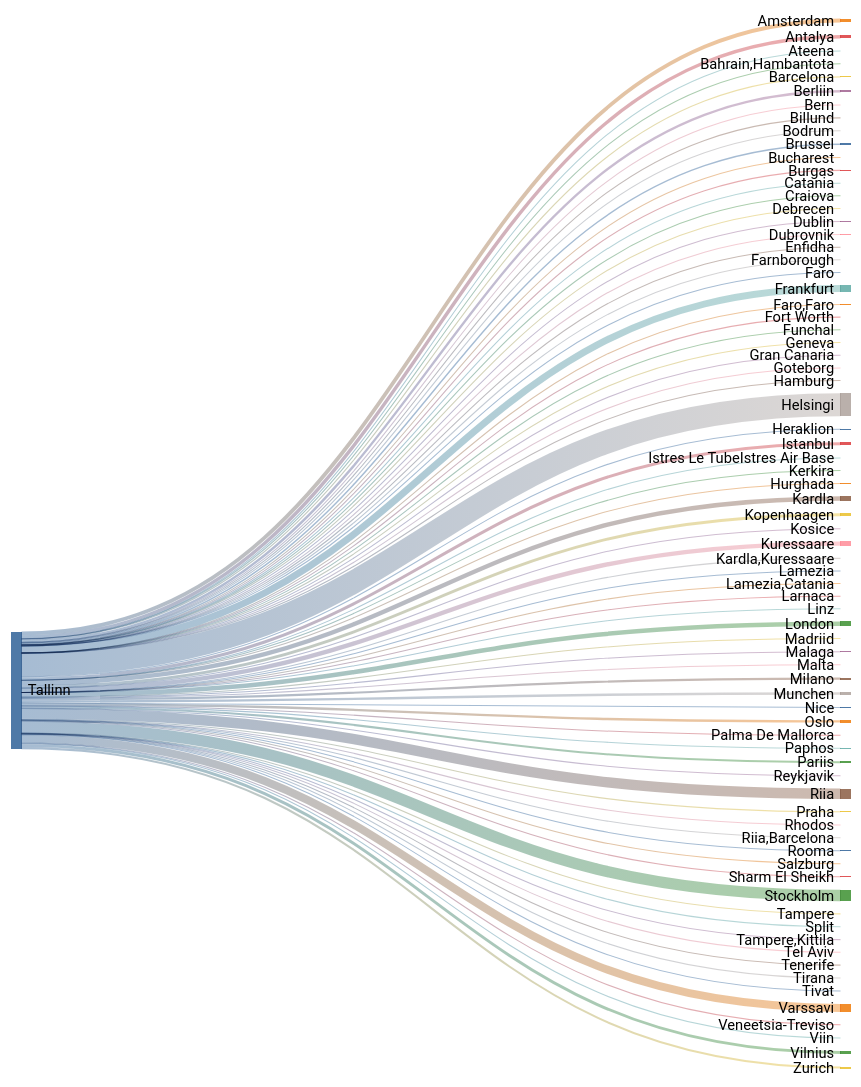
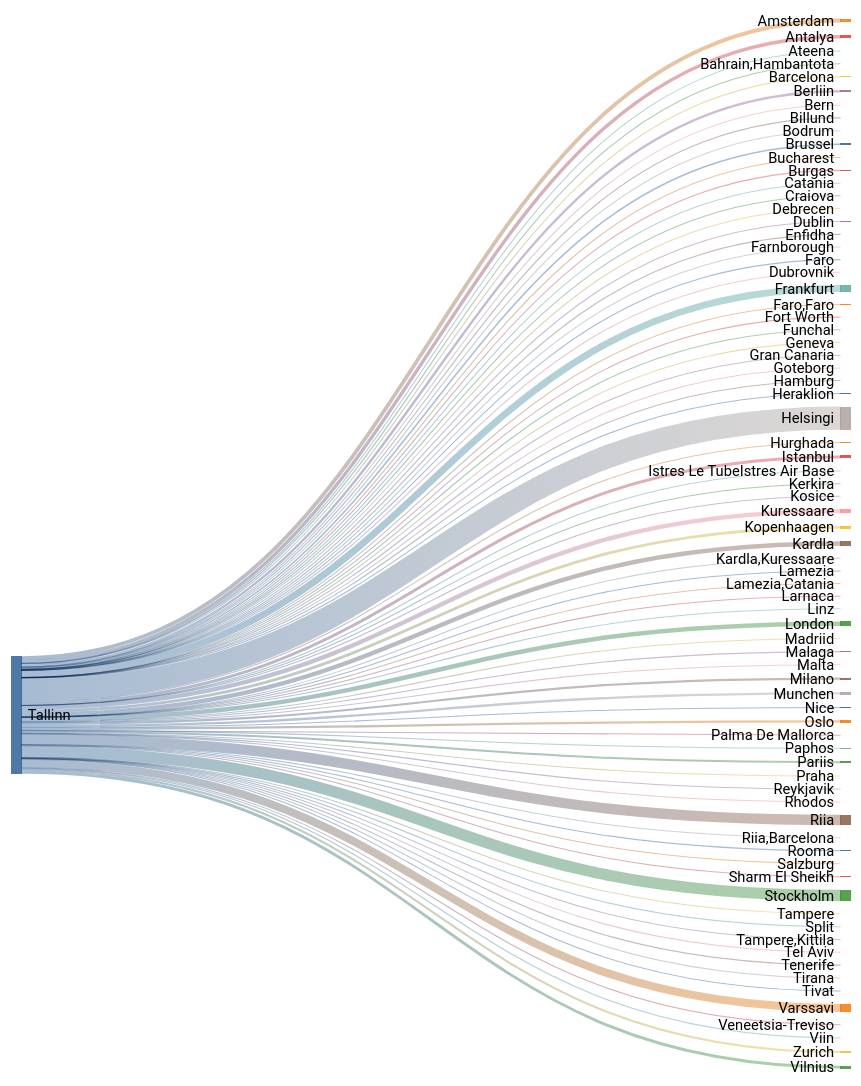
Before and after one commit to rainermesi/tll-airport-departures: the second of 2 diagrams in README.md, drawn with Mermaid (forest theme). The commit also changed other lines of this file and 1 other file, not shown here.

````diff
--- a/README.md
+++ b/README.md
@@ -41,16 +41,16 @@
 ---
 sankey-beta
 %% source,target,value
-Tallinn,Amsterdam,483
-Tallinn,Antalya,436
+Tallinn,Amsterdam,485
+Tallinn,Antalya,437
 Tallinn,Ateena,16
 Tallinn,"Bahrain,Hambantota",1
 Tallinn,Barcelona,135
-Tallinn,Berliin,306
+Tallinn,Berliin,308
 Tallinn,Bern,1
 Tallinn,Billund,77
 Tallinn,Bodrum,11
-Tallinn,Brussel,187
+Tallinn,Brussel,188
 Tallinn,Bucharest,1
 Tallinn,Burgas,59
 Tallinn,Catania,2
@@ -63,59 +63,59 @@
 Tallinn,Faro,4
 Tallinn,"Faro,Faro",1
 Tallinn,Fort Worth,1
-Tallinn,Frankfurt,879
+Tallinn,Frankfurt,882
 Tallinn,Funchal,5
 Tallinn,Geneva,13
 Tallinn,Gran Canaria,38
 Tallinn,Goteborg,2
 Tallinn,Hamburg,2
-Tallinn,Helsingi,2960
+Tallinn,Helsingi,2969
 Tallinn,Heraklion,100
 Tallinn,Hurghada,75
-Tallinn,Istanbul,385
+Tallinn,Istanbul,387
 Tallinn,Istres Le TubeIstres Air Base,2
 Tallinn,Kerkira,4
-Tallinn,Kopenhaagen,366
+Tallinn,Kopenhaagen,369
 Tallinn,Kosice,1
-Tallinn,Kuressaare,560
-Tallinn,Kardla,562
+Tallinn,Kuressaare,562
+Tallinn,Kardla,564
 Tallinn,"Kardla,Kuressaare",1
 Tallinn,Lamezia,1
 Tallinn,"Lamezia,Catania",3
 Tallinn,Larnaca,4
 Tallinn,Linz,2
-Tallinn,London,578
+Tallinn,London,579
 Tallinn,Madriid,4
 Tallinn,Malaga,119
 Tallinn,Malta,29
 Tallinn,Milano,272
-Tallinn,Munchen,301
+Tallinn,Munchen,303
 Tallinn,Nice,52
-Tallinn,Oslo,300
+Tallinn,Oslo,301
 Tallinn,Palma De Mallorca,33
 Tallinn,Paphos,66
-Tallinn,Pariis,257
+Tallinn,Pariis,259
 Tallinn,Praha,86
 Tallinn,Reykjavik,19
-Tallinn,Rhodos,59
-Tallinn,Riia,1330
+Tallinn,Rhodos,60
+Tallinn,Riia,1334
 Tallinn,"Riia,Barcelona",1
 Tallinn,Rooma,80
 Tallinn,Salzburg,14
 Tallinn,Sharm El Sheikh,103
 Tallinn,Split,53
-Tallinn,Stockholm,1460
+Tallinn,Stockholm,1465
 Tallinn,Tampere,17
 Tallinn,"Tampere,Kittila",21
 Tallinn,Tel Aviv,2
 Tallinn,Tenerife,58
-Tallinn,Tirana,33
-Tallinn,Tivat,66
-Tallinn,Varssavi,1022
+Tallinn,Tirana,34
+Tallinn,Tivat,67
+Tallinn,Varssavi,1025
 Tallinn,Veneetsia-Treviso,67
 Tallinn,Viin,106
-Tallinn,Vilnius,369
-Tallinn,Zurich,263
+Tallinn,Vilnius,371
+Tallinn,Zurich,264
 
 
 ```
````
